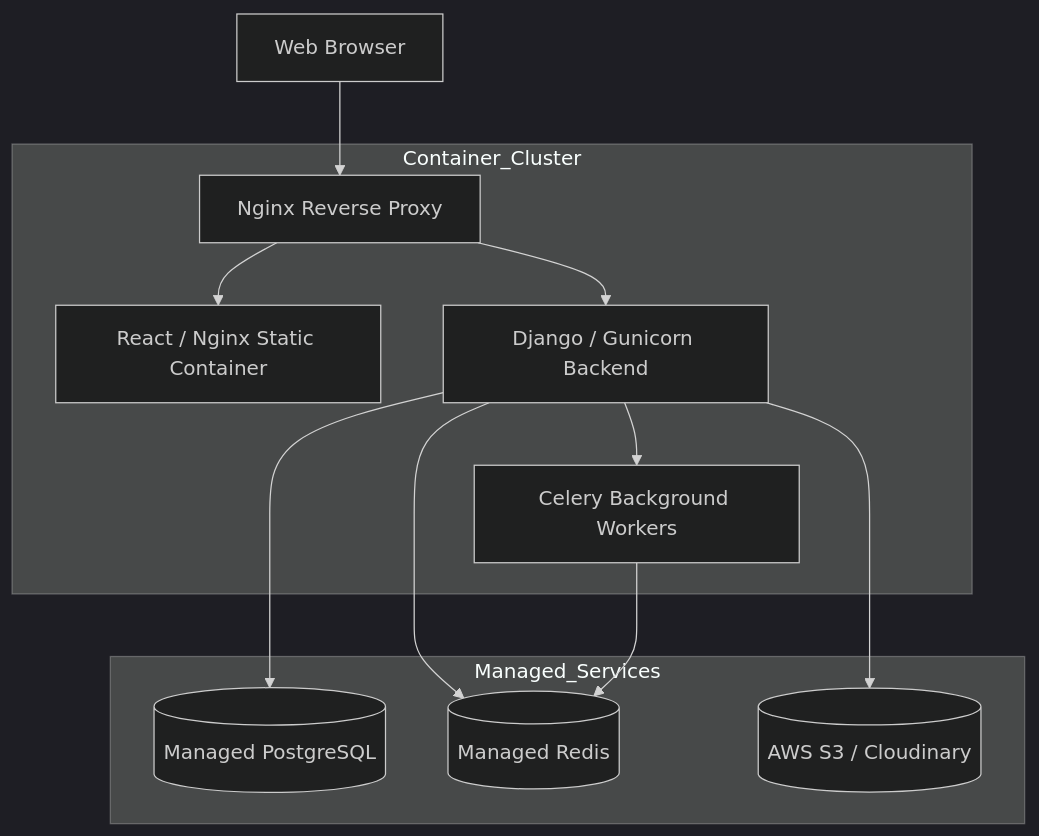
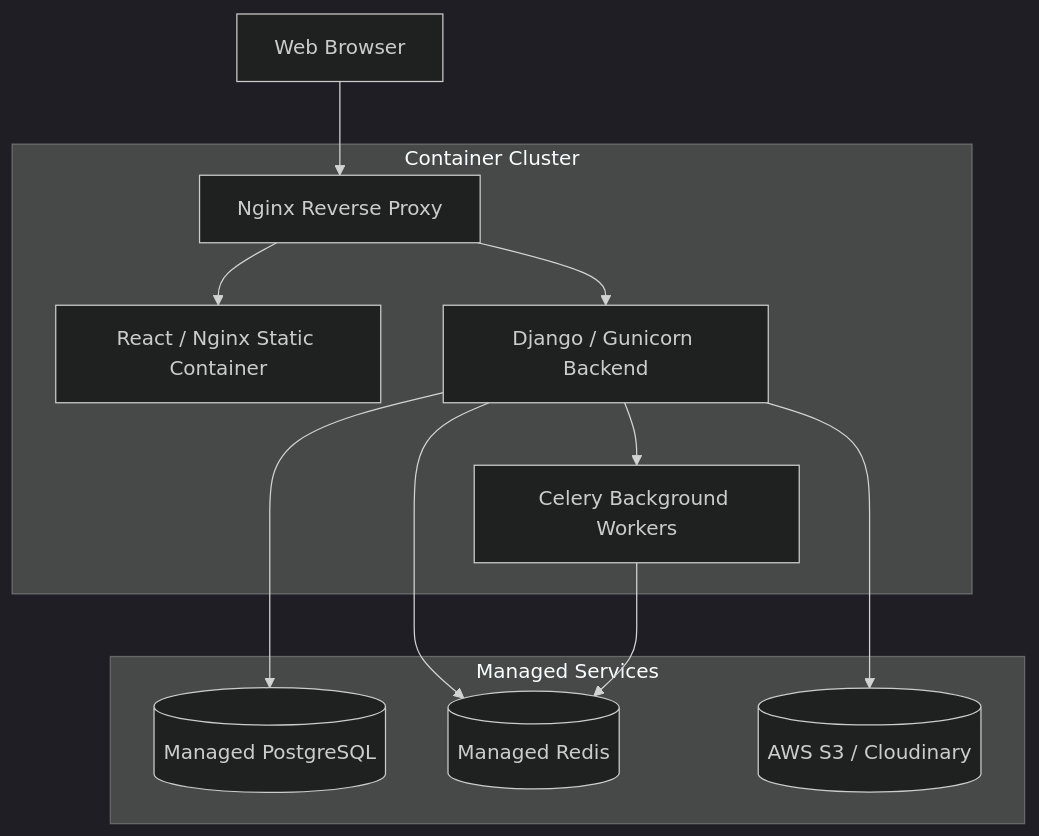
The diagram in docs/deployment.md (mithilesh1729/Complaint-Tracker), drawn with Mermaid (dark theme) before and after one commit. The commit also changed 10 other files, not shown here.

````diff
--- a/docs/deployment.md
+++ b/docs/deployment.md
@@ -9,18 +9,18 @@
 ```mermaid
 graph TD
     Client[Web Browser] --> Nginx[Nginx Reverse Proxy]
     
-    subgraph Container_Cluster
+    subgraph Container_Cluster ["Container Cluster"]
         Nginx --> Frontend[React / Nginx Static Container]
         Nginx --> Gunicorn[Django / Gunicorn Backend]
         
         Gunicorn --> Celery_Worker[Celery Background Workers]
     end
     
-    subgraph Managed_Services
+    subgraph Managed_Services ["Managed Services"]
         Gunicorn --> Postgres[(Managed PostgreSQL)]
         Gunicorn --> Redis[(Managed Redis)]
         Celery_Worker --> Redis
         Gunicorn --> S3[(AWS S3 / Cloudinary)]
     end
 ```
````
